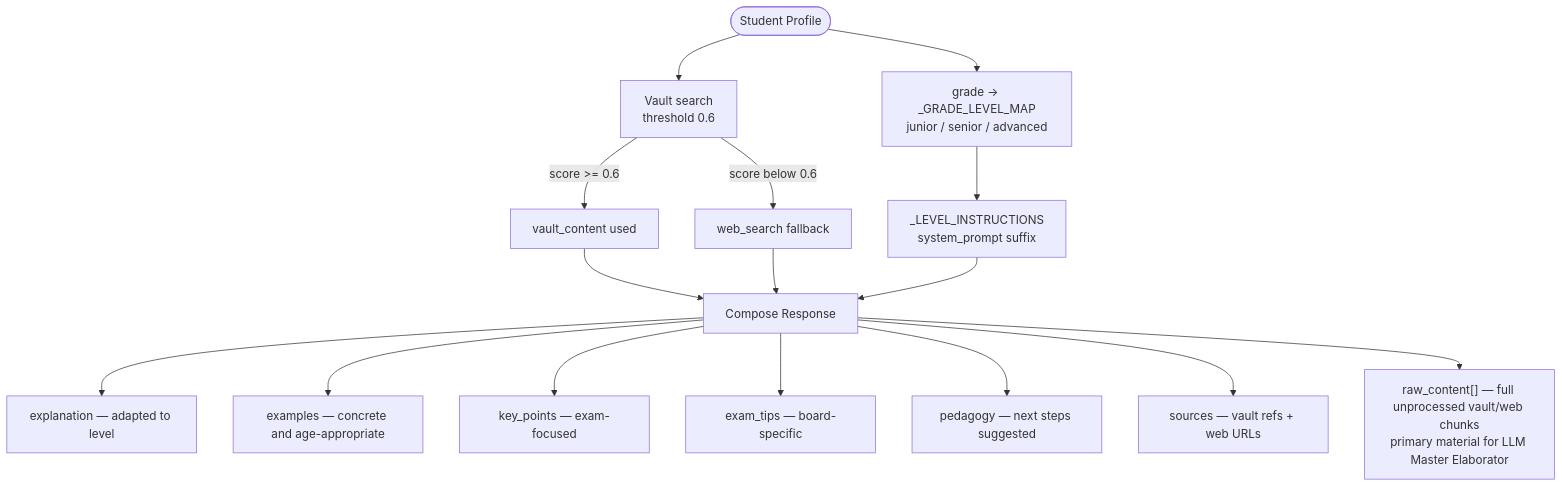
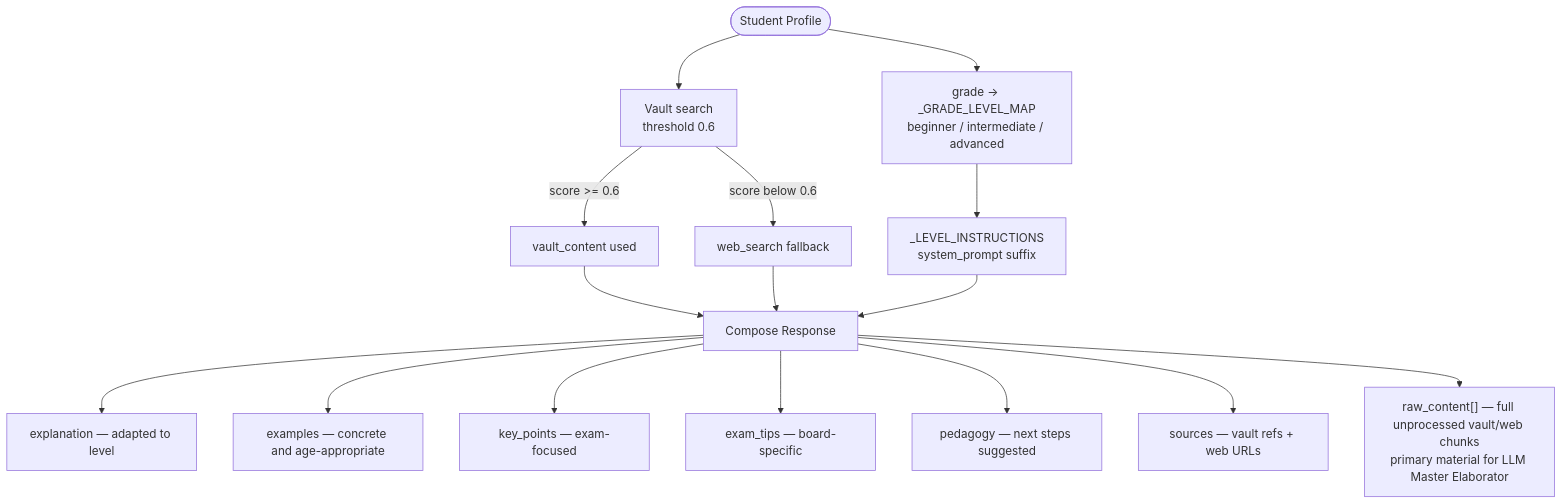
One commit to rabindranath-mishra/Study_Agent changed the seventh of 12 diagrams in 00 - System/Agent Architecture (C4+1).md. Above: the diagram before and after it, drawn with Mermaid. The commit also changed other lines of this file, not shown here.

First line of the commit message:
docs(architecture): sync C4+1 doc with current tool behaviour

````diff
--- a/00 - System/Agent Architecture (C4+1).md
+++ b/00 - System/Agent Architecture (C4+1).md
@@ -293,22 +295,22 @@
 ```mermaid
 flowchart TD
     PROF(["Student Profile"])
-    PROF --> GRADE["grade → _GRADE_LEVEL_MAP<br/>junior / senior / advanced"]
+    PROF --> GRADE["grade → _GRADE_LEVEL_MAP<br/>beginner / intermediate / advanced"]
     GRADE --> INST["_LEVEL_INSTRUCTIONS<br/>system_prompt suffix"]
 
     PROF --> VS["Vault search<br/>threshold 0.6"]
     VS -- "score >= 0.6" --> VC["vault_content used"]
     VS -- "score below 0.6" --> WS["web_search fallback"]
 
     VC --> COMP["Compose Response"]
     WS --> COMP
     INST --> COMP
 
     COMP --> EXP["explanation — adapted to level"]
     COMP --> EX["examples — concrete and age-appropriate"]
     COMP --> KP["key_points — exam-focused"]
     COMP --> ET["exam_tips — board-specific"]
     COMP --> PED["pedagogy — next steps suggested"]
     COMP --> SRC["sources — vault refs + web URLs"]
     COMP --> RC["raw_content[] — full unprocessed vault/web chunks<br/>primary material for LLM Master Elaborator"]
 ```
````
